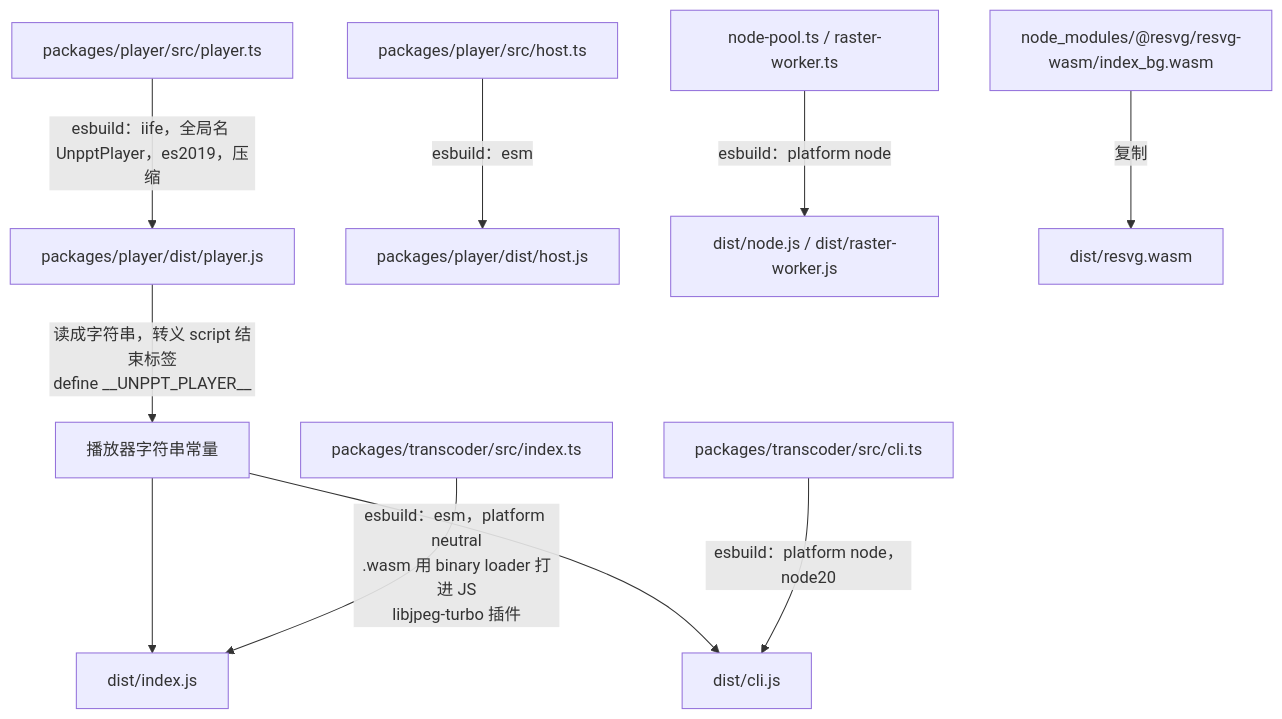
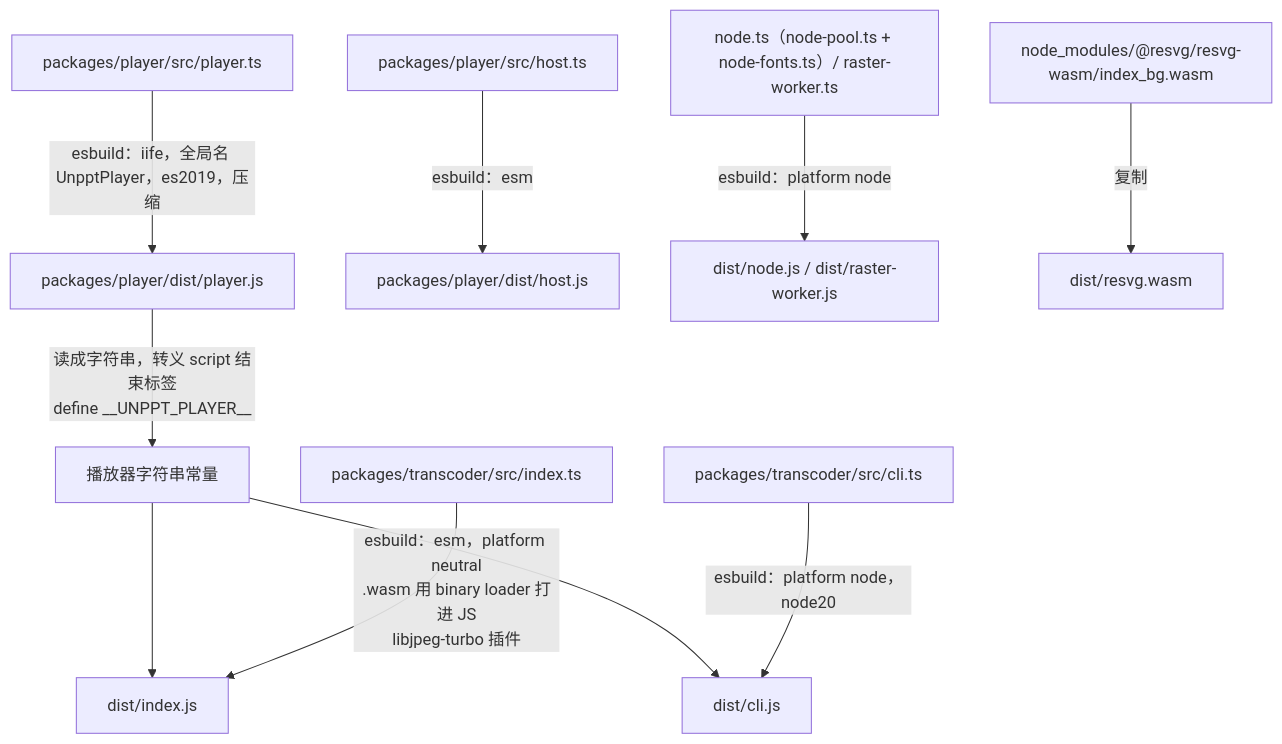
One commit to spitmaster/unppt changed diagram 14 of 16 in docs/zh/architecture.md. Above: the diagram before and after it, drawn with Mermaid. The commit also changed other lines of this file and 2 other files, not shown here.

Commit message:
docs: 架构文档对照 0.3.1 代码更新——字体包作为输入、checkFonts / cli-check.ts / node-fonts.ts、字体库 library.ts、可变字体实例、符号字体 cmap、图表文字字体 chart-fonts.ts、标点禁则 kinsoku.ts、出图按能画全文字选字体；效果数字换成 0.3.1 测试报告；去掉已全部完成的"重构前的问题"表和已解决的"可变字体"差距

````diff
--- a/docs/zh/architecture.md
+++ b/docs/zh/architecture.md
@@ -568,12 +570,12 @@
 ```mermaid
 flowchart TB
   ps["packages/player/src/player.ts"] -->|"esbuild：iife，全局名 UnpptPlayer，es2019，压缩"| pj["packages/player/dist/player.js"]
   hs["packages/player/src/host.ts"] -->|"esbuild：esm"| hj["packages/player/dist/host.js"]
   pj -->|"读成字符串，转义 script 结束标签<br/>define __UNPPT_PLAYER__"| def["播放器字符串常量"]
   def --> idx
   def --> cli
   ts["packages/transcoder/src/index.ts"] -->|"esbuild：esm，platform neutral<br/>.wasm 用 binary loader 打进 JS<br/>libjpeg-turbo 插件"| idx["dist/index.js"]
   cs["packages/transcoder/src/cli.ts"] -->|"esbuild：platform node，node20"| cli["dist/cli.js"]
-  np["node-pool.ts / raster-worker.ts"] -->|"esbuild：platform node"| nj["dist/node.js / dist/raster-worker.js"]
+  np["node.ts（node-pool.ts + node-fonts.ts）/ raster-worker.ts"] -->|"esbuild：platform node"| nj["dist/node.js / dist/raster-worker.js"]
   rw["node_modules/@resvg/resvg-wasm/index_bg.wasm"] -->|"复制"| rv["dist/resvg.wasm"]
 ```
````
